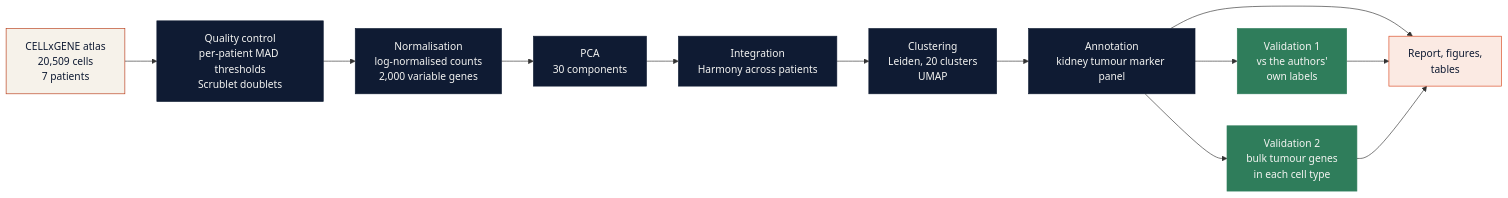
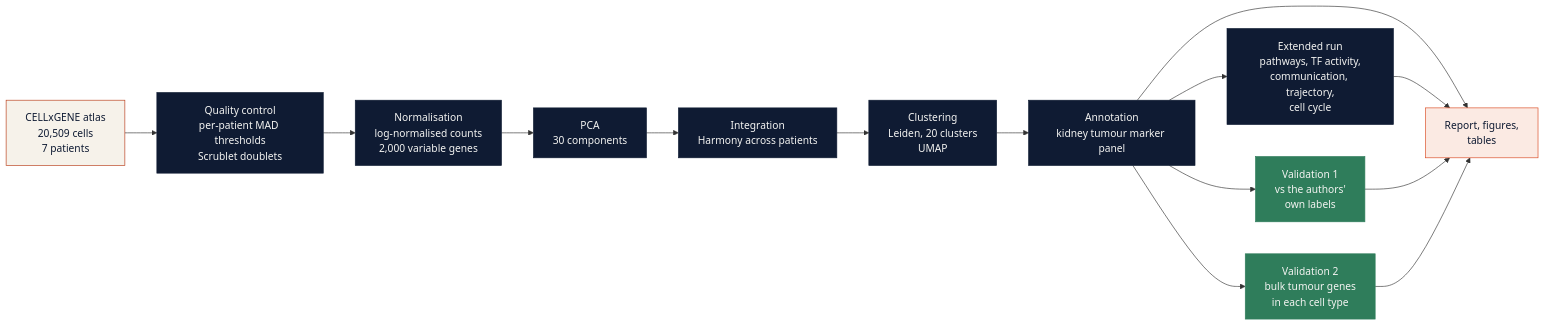
One commit to MultiOmics-Intelligence/lsma-lab-single-cell-kidney-cancer-ccrcc changed the diagram in README.md. Above: the diagram before and after it, drawn with Mermaid. The commit also changed other lines of this file and 14 other files, not shown here.

Commit message:
Add transcription factors, pathways, cell-cell communication, trajectory and cell cycle

````diff
--- a/README.md
+++ b/README.md
@@ -181,22 +212,24 @@
 ```mermaid
 flowchart LR
     A["CELLxGENE atlas<br/>20,509 cells<br/>7 patients"] --> B["Quality control<br/>per-patient MAD thresholds<br/>Scrublet doublets"]
     B --> C["Normalisation<br/>log-normalised counts<br/>2,000 variable genes"]
     C --> D["PCA<br/>30 components"]
     D --> E["Integration<br/>Harmony across patients"]
     E --> F["Clustering<br/>Leiden, 20 clusters<br/>UMAP"]
     F --> G["Annotation<br/>kidney tumour marker panel"]
     G --> H["Report, figures,<br/>tables"]
+    G --> X["Extended run<br/>pathways, TF activity,<br/>communication, trajectory,<br/>cell cycle"]
+    X --> H
     G --> V1["Validation 1<br/>vs the authors'<br/>own labels"]
     G --> V2["Validation 2<br/>bulk tumour genes<br/>in each cell type"]
     V1 --> H
     V2 --> H
     classDef data fill:#F6F2EA,stroke:#B83A16,color:#0F1B33
     classDef step fill:#0F1B33,stroke:#0F1B33,color:#F4F4F2
     classDef check fill:#2F7D5B,stroke:#2F7D5B,color:#F4F4F2
     classDef out fill:#FBEAE3,stroke:#D9481F,color:#0F1B33
     class A data
-    class B,C,D,E,F,G step
+    class B,C,D,E,F,G,X step
     class V1,V2 check
     class H out
 ```
````
